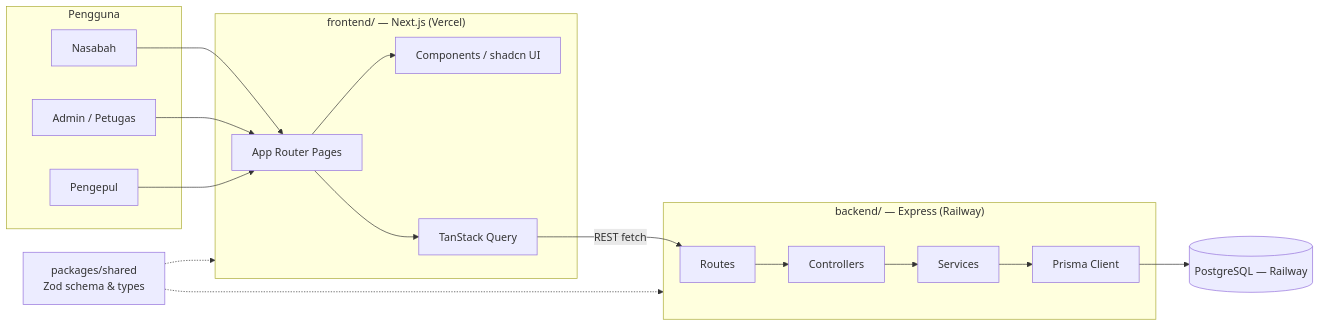
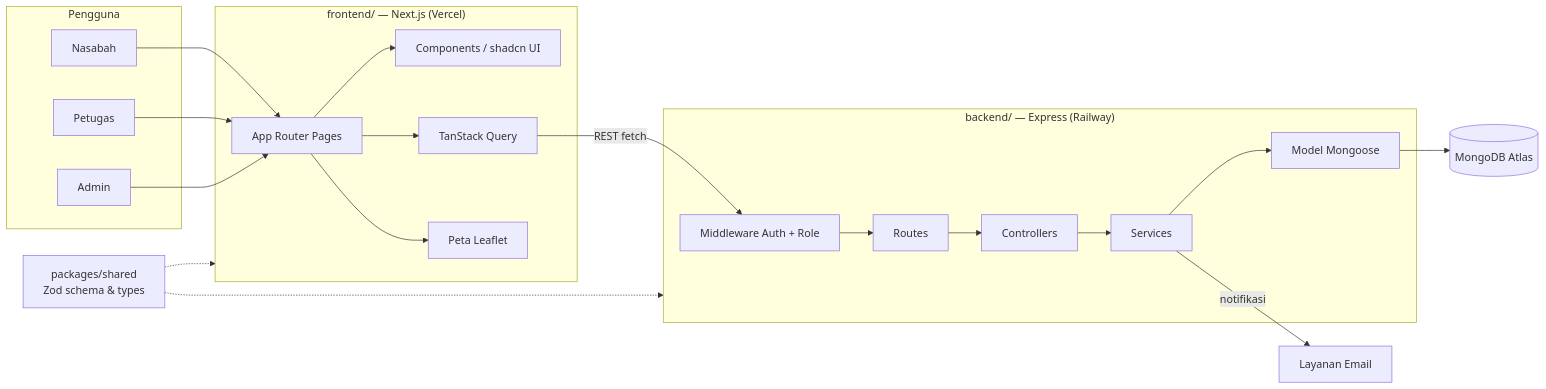
The first of 3 diagrams in docs/architecture.id.md (nael0407/US4-Bank-Sampah), drawn with Mermaid before and after one commit. The commit also changed other lines of this file, not shown here.

Commit message:
docs(architecture): align indonesian doc to us4 and mongodb

````diff
--- a/docs/architecture.id.md
+++ b/docs/architecture.id.md
@@ -9,35 +11,40 @@
 ```mermaid
 flowchart LR
     subgraph Users["Pengguna"]
         N[Nasabah]
-        A[Admin / Petugas]
-        P[Pengepul]
+        PT[Petugas]
+        A[Admin]
     end
 
     subgraph FE["frontend/ — Next.js (Vercel)"]
         UI[App Router Pages]
         Comp[Components / shadcn UI]
         RQ[TanStack Query]
+        MAP[Peta Leaflet]
     end
 
     subgraph BE["backend/ — Express (Railway)"]
+        MW[Middleware Auth + Role]
         RT[Routes]
         CT[Controllers]
         SV[Services]
-        PR[Prisma Client]
+        MD[Model Mongoose]
     end
 
-    DB[(PostgreSQL — Railway)]
+    DB[(MongoDB Atlas)]
+    MAIL[Layanan Email]
     SH["packages/shared\nZod schema & types"]
 
     N --> UI
+    PT --> UI
     A --> UI
-    P --> UI
     UI --> Comp
     UI --> RQ
-    RQ -->|REST fetch| RT
-    RT --> CT --> SV --> PR --> DB
+    UI --> MAP
+    RQ -->|REST fetch| MW
+    MW --> RT --> CT --> SV --> MD --> DB
+    SV -->|notifikasi| MAIL
 
     SH -.-> FE
     SH -.-> BE
 ```
````
